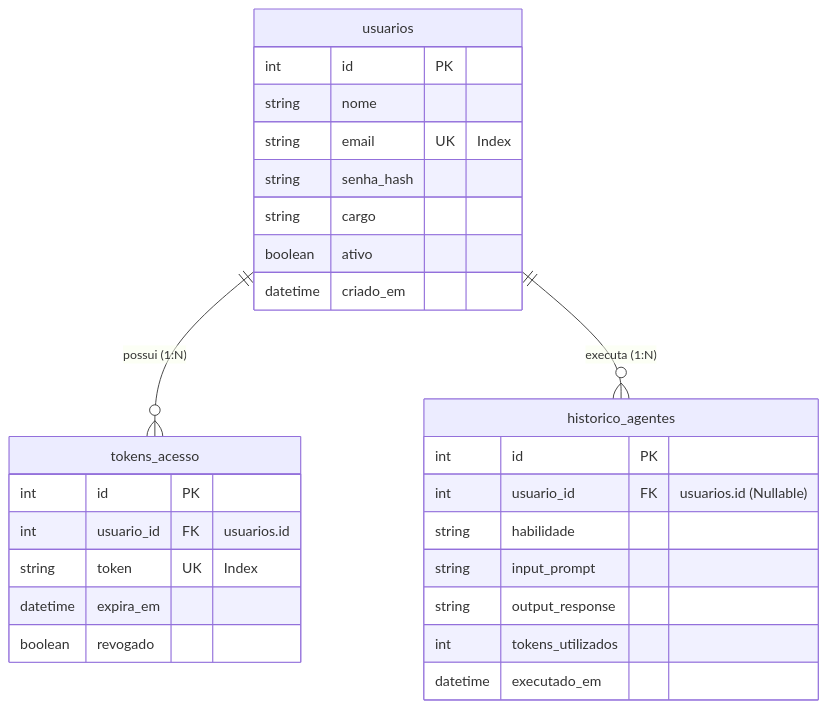
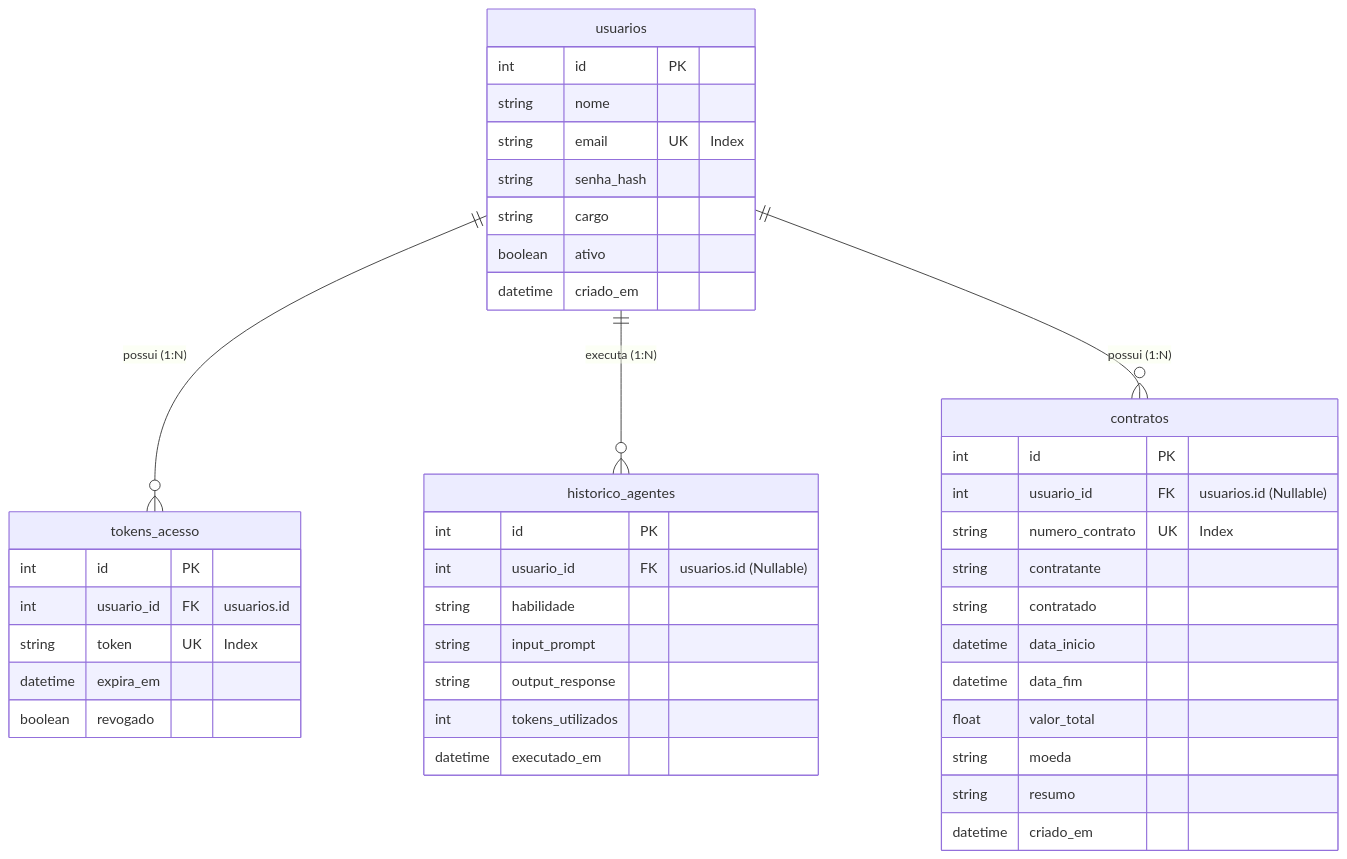
One commit to joseallangoncalves/django_fastapi changed the diagram in spec/05_esquema_banco_dados.md. Above: the diagram before and after it, drawn with Mermaid. The commit also changed other lines of this file and 31 other files, not shown here.

````diff
--- a/spec/05_esquema_banco_dados.md
+++ b/spec/05_esquema_banco_dados.md
@@ -13,33 +13,48 @@
 ```mermaid
 erDiagram
     usuarios {
         int id PK
         string nome
         string email UK "Index"
         string senha_hash
         string cargo
         boolean ativo
         datetime criado_em
     }
     
     tokens_acesso {
         int id PK
         int usuario_id FK "usuarios.id"
         string token UK "Index"
         datetime expira_em
         boolean revogado
     }
     
     historico_agentes {
         int id PK
         int usuario_id FK "usuarios.id (Nullable)"
         string habilidade
         string input_prompt
         string output_response
         int tokens_utilizados
         datetime executado_em
     }
 
+    contratos {
+        int id PK
+        int usuario_id FK "usuarios.id (Nullable)"
+        string numero_contrato UK "Index"
+        string contratante
+        string contratado
+        datetime data_inicio
+        datetime data_fim
+        float valor_total
+        string moeda
+        string resumo
+        datetime criado_em
+    }
+
     usuarios ||--o{ tokens_acesso : "possui (1:N)"
     usuarios ||--o{ historico_agentes : "executa (1:N)"
+    usuarios ||--o{ contratos : "possui (1:N)"
 ```
````
